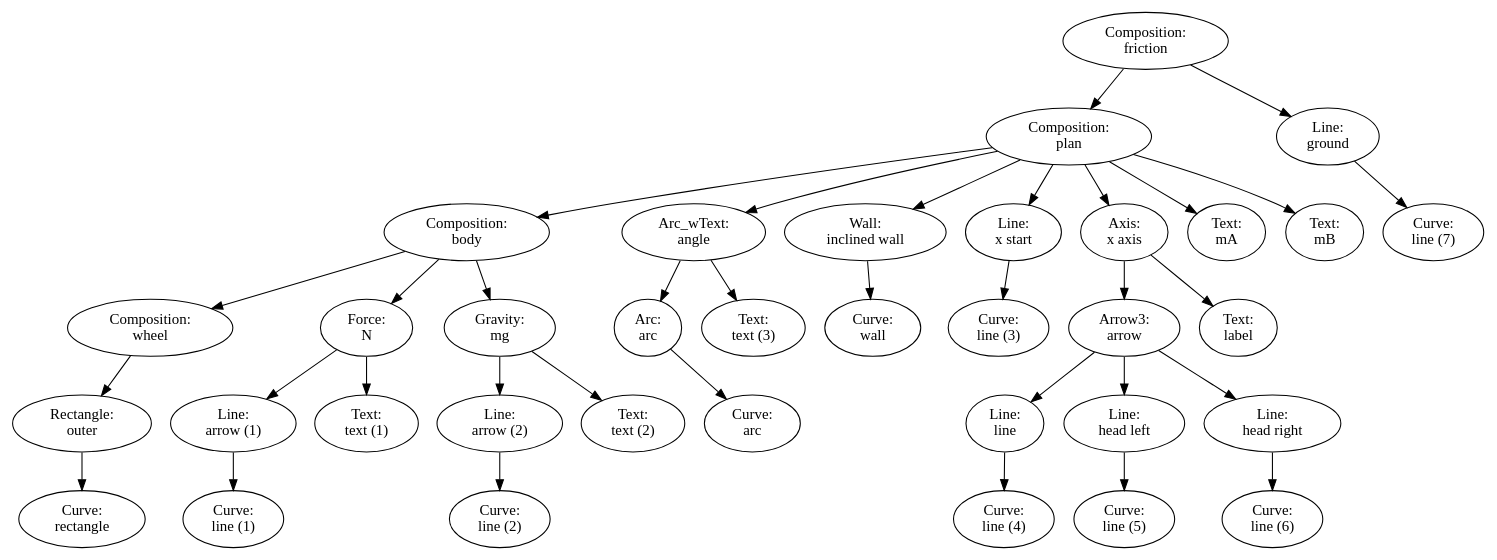
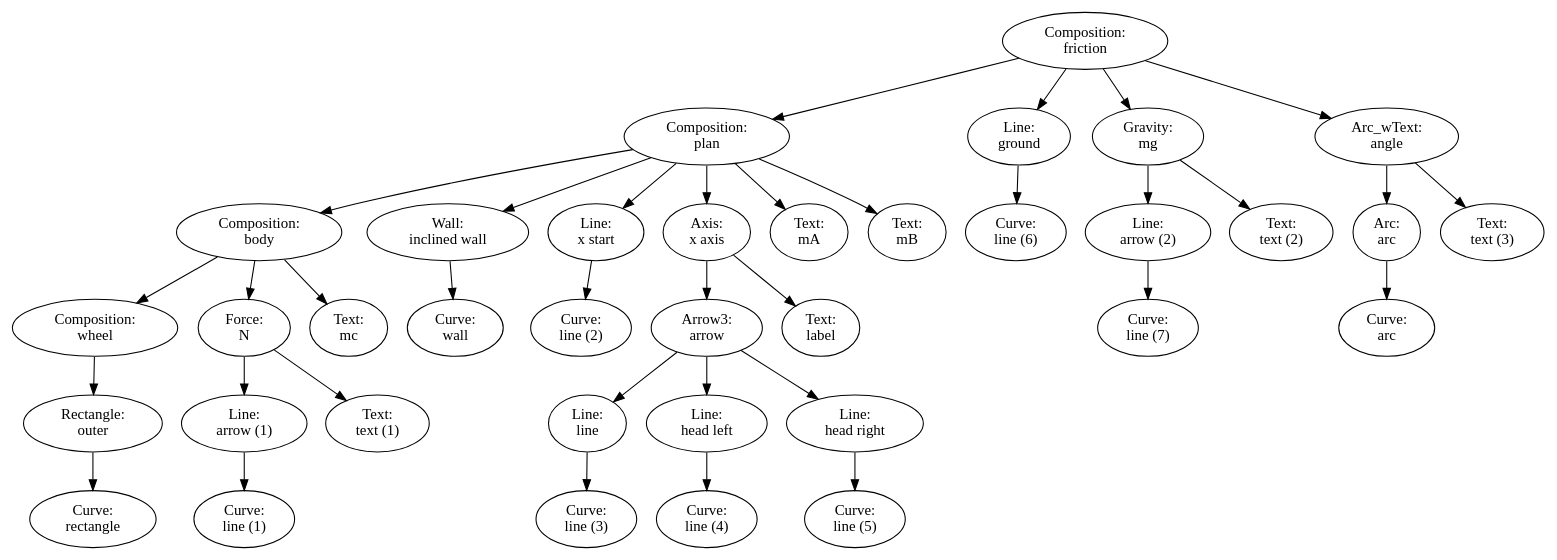
Before and after one commit to gbrault/jupytersketcher: the diagram in notebooks/friction.dot, drawn with Graphviz. The commit also changed 7 other files, not shown here.

```diff
--- a/notebooks/friction.dot
+++ b/notebooks/friction.dot
@@ -1,36 +1,37 @@
 digraph G {
 "Composition:\nfriction" -> "Composition:\nplan";
 "Composition:\nplan" -> "Composition:\nbody";
 "Composition:\nbody" -> "Composition:\nwheel";
 "Composition:\nwheel" -> "Rectangle:\nouter";
 "Rectangle:\nouter" -> "Curve:\nrectangle";
 "Composition:\nbody" -> "Force:\nN";
 "Force:\nN" -> "Line:\narrow (1)";
 "Line:\narrow (1)" -> "Curve:\nline (1)";
 "Force:\nN" -> "Text:\ntext (1)";
-"Composition:\nbody" -> "Gravity:\nmg";
-"Gravity:\nmg" -> "Line:\narrow (2)";
-"Line:\narrow (2)" -> "Curve:\nline (2)";
-"Gravity:\nmg" -> "Text:\ntext (2)";
-"Composition:\nplan" -> "Arc_wText:\nangle";
-"Arc_wText:\nangle" -> "Arc:\narc";
-"Arc:\narc" -> "Curve:\narc";
-"Arc_wText:\nangle" -> "Text:\ntext (3)";
+"Composition:\nbody" -> "Text:\nmc";
 "Composition:\nplan" -> "Wall:\ninclined wall";
 "Wall:\ninclined wall" -> "Curve:\nwall";
 "Composition:\nplan" -> "Line:\nx start";
-"Line:\nx start" -> "Curve:\nline (3)";
+"Line:\nx start" -> "Curve:\nline (2)";
 "Composition:\nplan" -> "Axis:\nx axis";
 "Axis:\nx axis" -> "Arrow3:\narrow";
 "Arrow3:\narrow" -> "Line:\nline";
-"Line:\nline" -> "Curve:\nline (4)";
+"Line:\nline" -> "Curve:\nline (3)";
 "Arrow3:\narrow" -> "Line:\nhead left";
-"Line:\nhead left" -> "Curve:\nline (5)";
+"Line:\nhead left" -> "Curve:\nline (4)";
 "Arrow3:\narrow" -> "Line:\nhead right";
-"Line:\nhead right" -> "Curve:\nline (6)";
+"Line:\nhead right" -> "Curve:\nline (5)";
 "Axis:\nx axis" -> "Text:\nlabel";
 "Composition:\nplan" -> "Text:\nmA";
 "Composition:\nplan" -> "Text:\nmB";
 "Composition:\nfriction" -> "Line:\nground";
-"Line:\nground" -> "Curve:\nline (7)";
+"Line:\nground" -> "Curve:\nline (6)";
+"Composition:\nfriction" -> "Gravity:\nmg";
+"Gravity:\nmg" -> "Line:\narrow (2)";
+"Line:\narrow (2)" -> "Curve:\nline (7)";
+"Gravity:\nmg" -> "Text:\ntext (2)";
+"Composition:\nfriction" -> "Arc_wText:\nangle";
+"Arc_wText:\nangle" -> "Arc:\narc";
+"Arc:\narc" -> "Curve:\narc";
+"Arc_wText:\nangle" -> "Text:\ntext (3)";
 }
```
